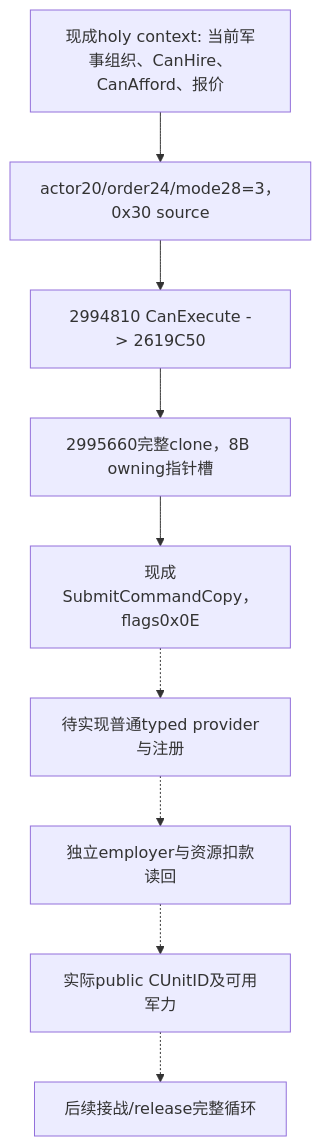
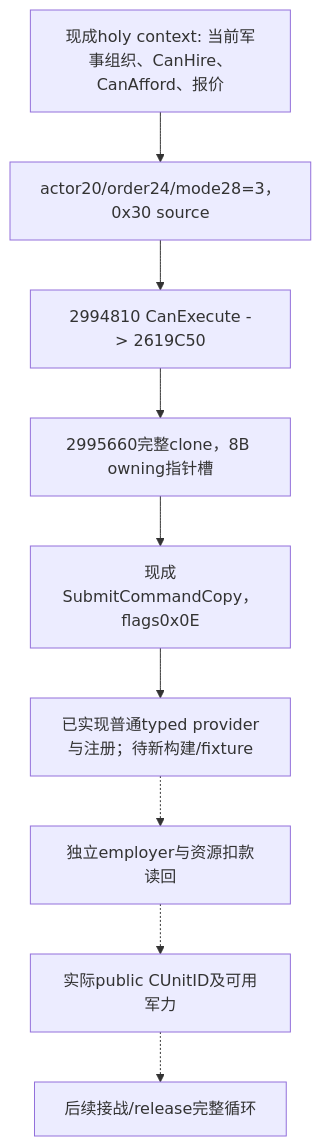
The diagram in docs/ck3-native-ai/religion-holy-order-hire-command-construction-12003.md (XenoAmess/ck3_eternal_recurrence), drawn with Mermaid before and after one commit. The commit also changed other lines of this file and 19 other files, not shown here.

````diff
--- a/docs/ck3-native-ai/religion-holy-order-hire-command-construction-12003.md
+++ b/docs/ck3-native-ai/religion-holy-order-hire-command-construction-12003.md
@@ -15,11 +15,11 @@
 ```mermaid
 flowchart TD
   Q["现成holy context: 当前军事组织、CanHire、CanAfford、报价"] --> C["actor20/order24/mode28=3，0x30 source"]
   C --> V["2994810 CanExecute -> 2619C50"]
   V --> CL["2995660完整clone，8B owning指针槽"]
   CL --> S["现成SubmitCommandCopy，flags0x0E"]
-  S -.-> P["待实现普通typed provider与注册"]
+  S --> P["已实现普通typed provider与注册；待新构建/fixture"]
   P -.-> E["独立employer与资源扣款读回"]
   E -.-> A["实际public CUnitID及可用军力"]
   A -.-> L["后续接战/release完整循环"]
 ```
````
